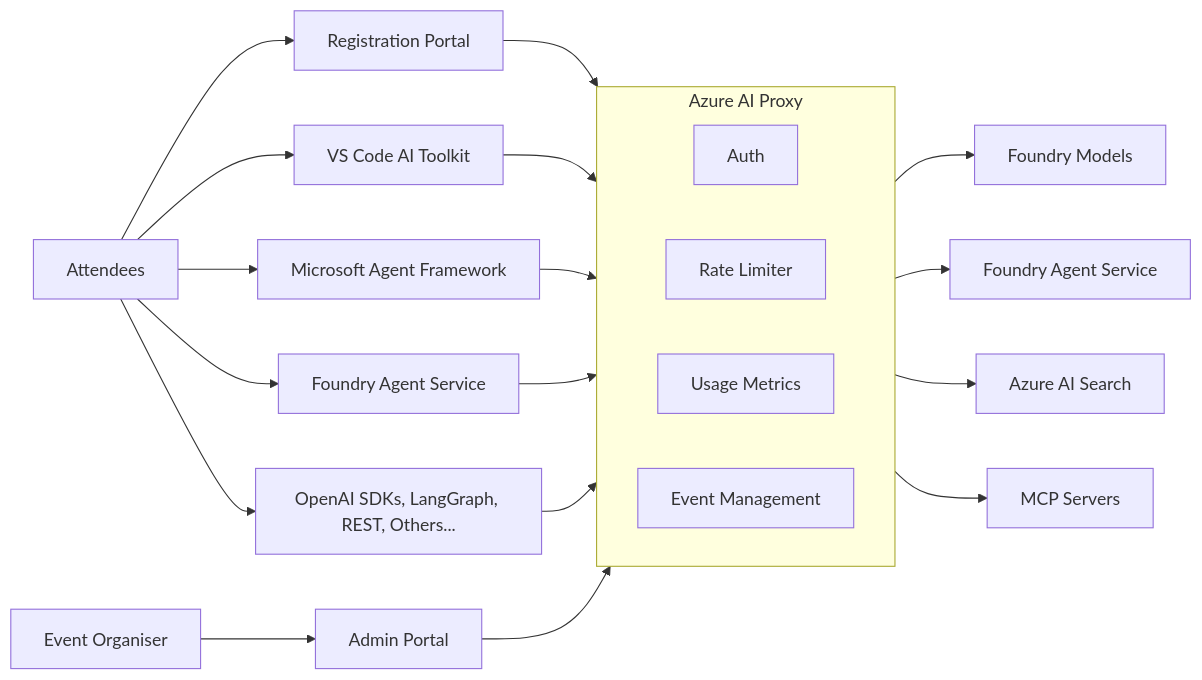
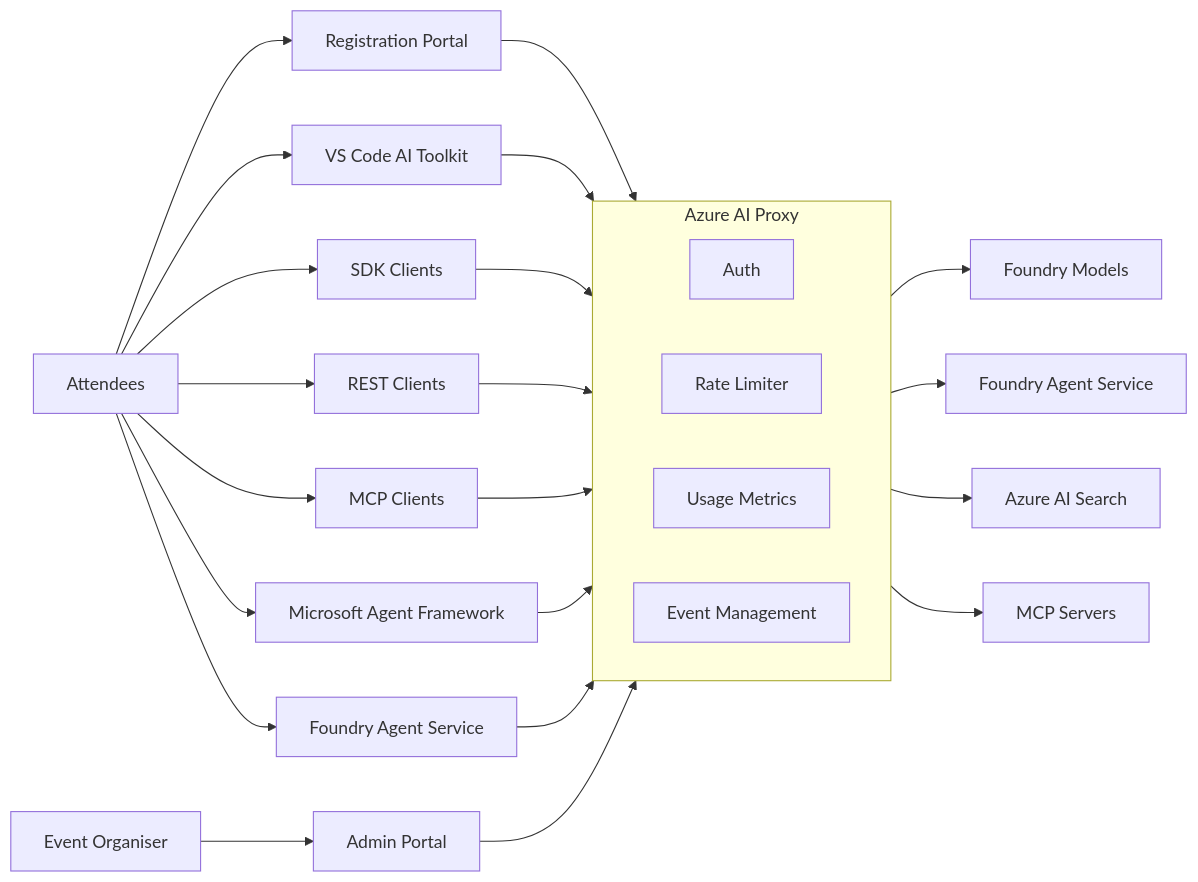
Before and after one commit to gloveboxes/azure-ai-proxy-lite: the diagram in docs/docs/index.md, drawn with Mermaid. The commit also changed 12 other files, not shown here.

````diff
--- a/docs/docs/index.md
+++ b/docs/docs/index.md
@@ -11,30 +11,34 @@
 ```mermaid
 graph LR
     Attendees --> Reg[Registration Portal]
     Attendees --> T1[VS Code AI Toolkit]
-    Attendees --> T2[Microsoft Agent Framework]
-    Attendees --> T3[Foundry Agent Service]
-    Attendees --> T4[OpenAI SDKs, LangGraph, REST, Others...]
+    Attendees --> T2[SDK Clients]
+    Attendees --> T3[REST Clients]
+    Attendees --> T4[MCP Clients]
+    Attendees --> T5[Microsoft Agent Framework]
+    Attendees --> T6[Foundry Agent Service]
 
     Organiser[Event Organiser] --> Admin[Admin Portal]
 
     Reg --> Azure_AI_Proxy
     T1 --> Azure_AI_Proxy
     T2 --> Azure_AI_Proxy
     T3 --> Azure_AI_Proxy
     T4 --> Azure_AI_Proxy
+    T5 --> Azure_AI_Proxy
+    T6 --> Azure_AI_Proxy
     Admin --> Azure_AI_Proxy
 
     subgraph Azure_AI_Proxy[Azure AI Proxy]
         direction LR
         P1[Auth]
         P2[Rate Limiter]
         P3[Usage Metrics]
         P4[Event Management]
     end
 
     Azure_AI_Proxy --> A1[Foundry Models]
     Azure_AI_Proxy --> A2[Foundry Agent Service]
     Azure_AI_Proxy --> A3[Azure AI Search]
     Azure_AI_Proxy --> A4[MCP Servers]
 ```
````
